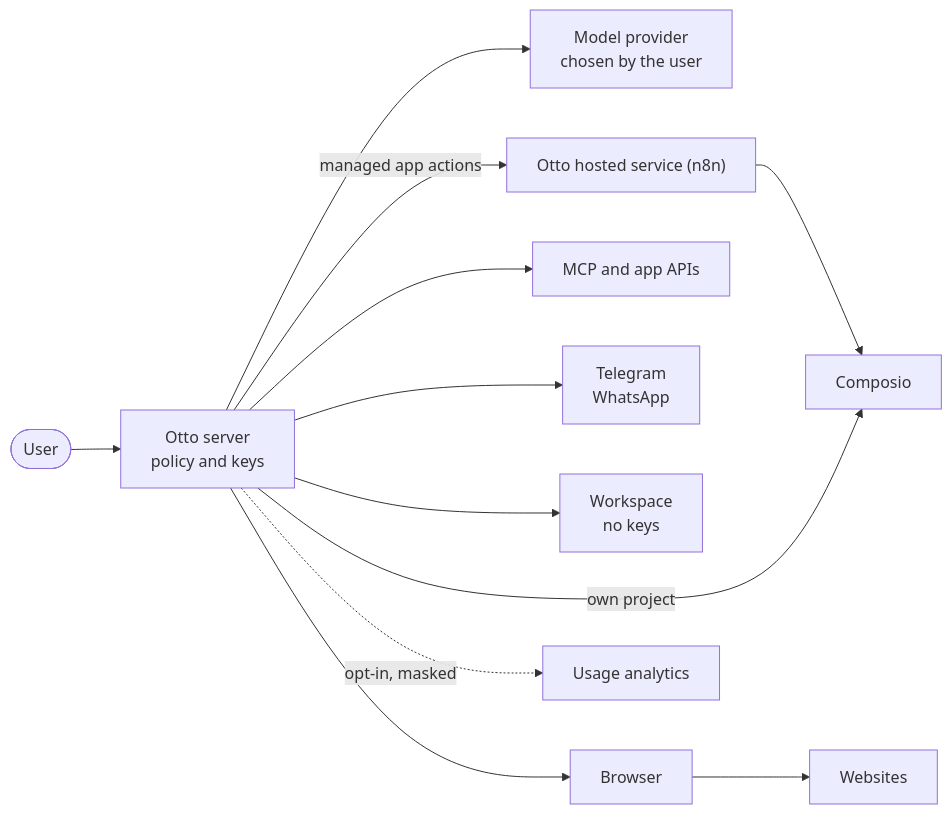
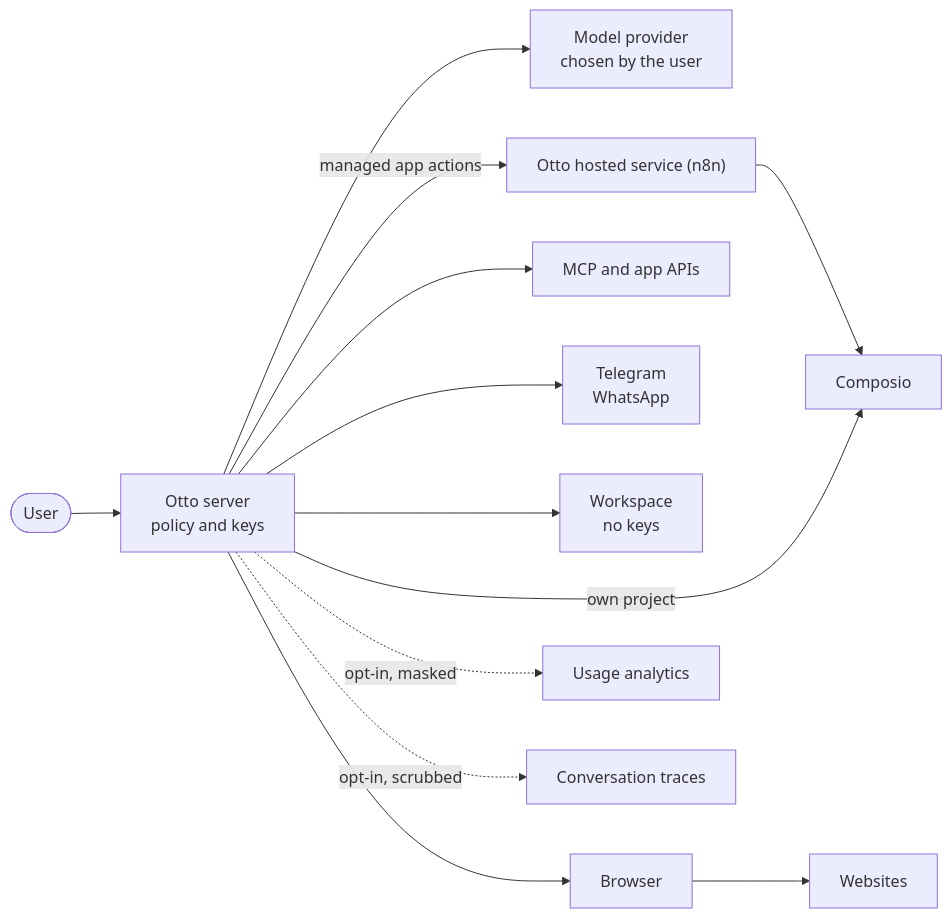
One commit to KrishBhimani/nod changed the diagram in docs/src/content/docs/trust/security-review.mdx. Above: the diagram before and after it, drawn with Mermaid. The commit also changed other lines of this file and 39 other files, not shown here.

Commit message:
feat(traces): opt-in conversation traces to LangSmith with on-device PII scrubbing (#359)

````diff
--- a/docs/src/content/docs/trust/security-review.mdx
+++ b/docs/src/content/docs/trust/security-review.mdx
@@ -22,13 +22,14 @@
 ```mermaid
 flowchart LR
   user([User]):::accent --> server[Otto server<br/>policy and keys]
   server --> model[Model provider<br/>chosen by the user]
   server -- managed app actions --> managed["Otto hosted service (n8n)"]
   managed --> composio[Composio]
   server -- own project --> composio
   server --> apps[MCP and app APIs]
   server --> chat[Telegram<br/>WhatsApp]
   server --> box[Workspace<br/>no keys]:::muted
   server --> browser[Browser]:::muted --> sites[Websites]
   server -. opt-in, masked .-> analytics[Usage analytics]:::muted
+  server -. opt-in, scrubbed .-> traces[Conversation traces]:::muted
 ```
````
